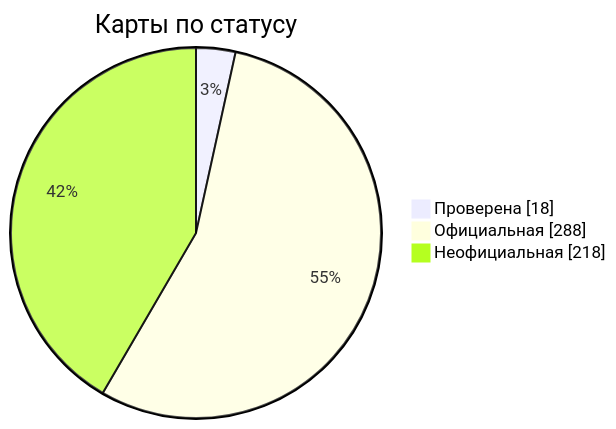
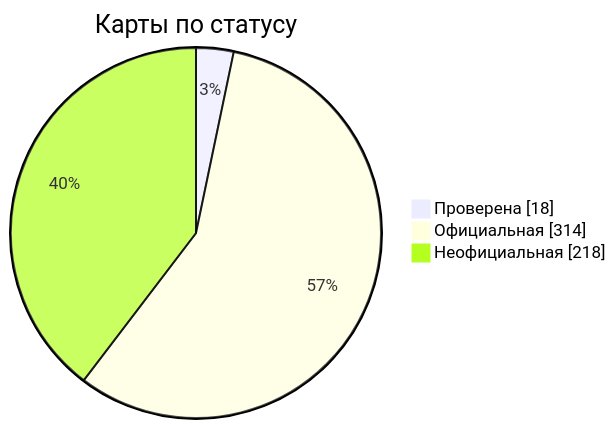
The diagram in docs/readme/README_RU.md (nobrega8/mbmap-library), drawn with Mermaid before and after one commit. The commit also changed 31 other files, not shown here.

````diff
--- a/docs/readme/README_RU.md
+++ b/docs/readme/README_RU.md
@@ -54,7 +54,7 @@
 ```mermaid
 pie showData
     title Карты по статусу
     "Проверена" : 18
-    "Официальная" : 288
+    "Официальная" : 314
     "Неофициальная" : 218
 ```
````
